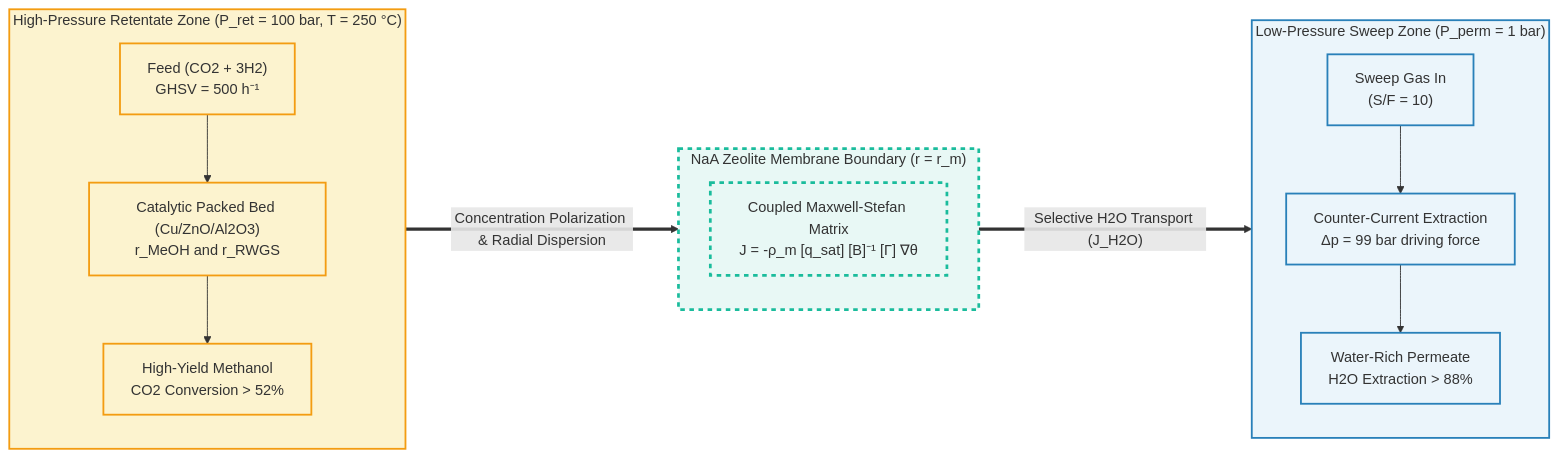
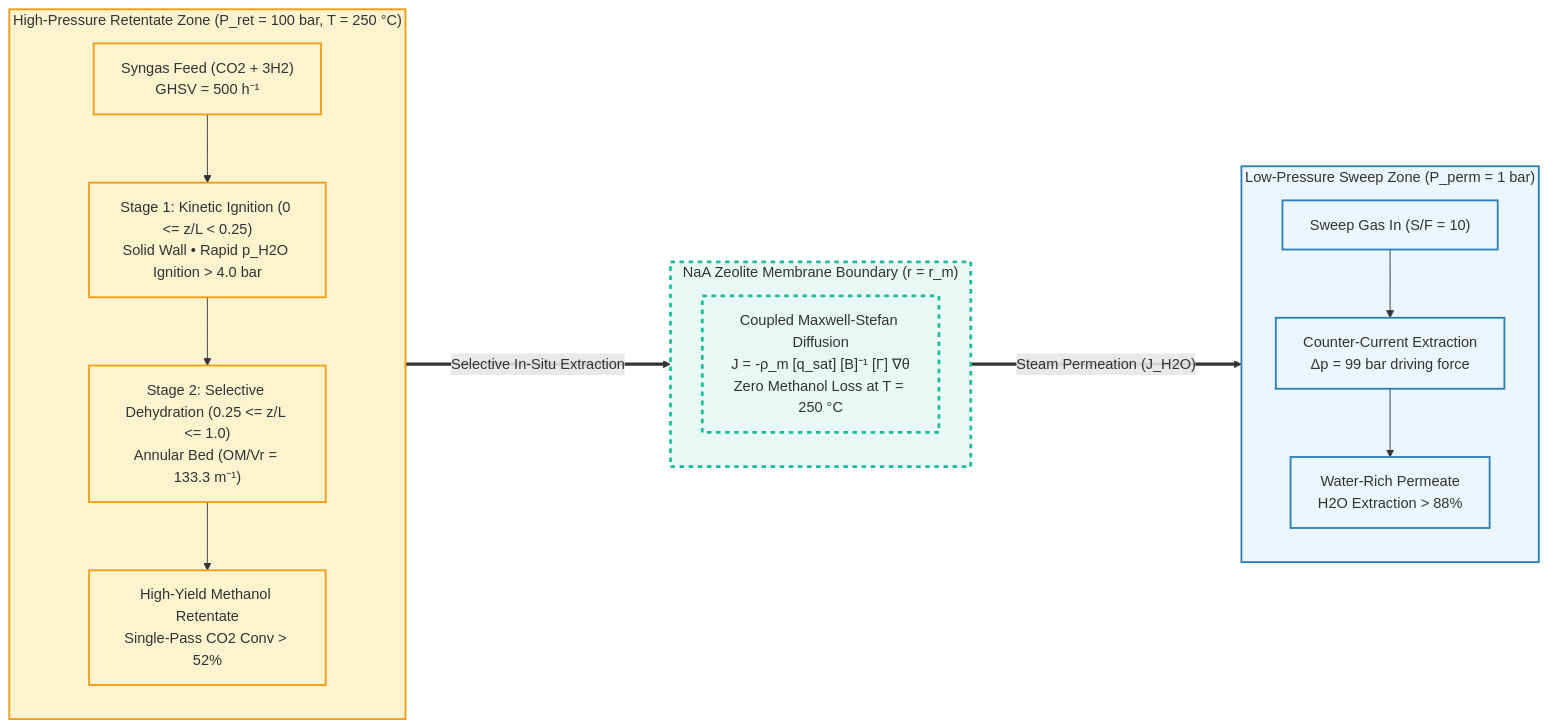
One commit to shekharsameer2308/exi1 changed the first of 2 diagrams in README.md. Above: the diagram before and after it, drawn with Mermaid. The commit also changed other lines of this file, not shown here.

Commit message:
Enhance physical intensification architecture with staged multi-tubular CMR and safe kinetic ignition zone

````diff
--- a/README.md
+++ b/README.md
@@ -18,30 +23,31 @@
 ```mermaid
 flowchart LR
     subgraph Retentate["High-Pressure Retentate Zone (P_ret = 100 bar, T = 250 °C)"]
         direction TB
-        F1["Feed (CO2 + 3H2)<br>GHSV = 500 h⁻¹"] --> Bed["Catalytic Packed Bed (Cu/ZnO/Al2O3)<br>r_MeOH and r_RWGS"]
-        Bed --> RetOut["High-Yield Methanol<br>CO2 Conversion > 52%"]
+        F1["Syngas Feed (CO2 + 3H2)<br>GHSV = 500 h⁻¹"] --> Z1["Stage 1: Kinetic Ignition (0 <= z/L < 0.25)<br>Solid Wall • Rapid p_H2O Ignition > 4.0 bar"]
+        Z1 --> Z2["Stage 2: Selective Dehydration (0.25 <= z/L <= 1.0)<br>Annular Bed (OM/Vr = 133.3 m⁻¹)"]
+        Z2 --> RetOut["High-Yield Methanol Retentate<br>Single-Pass CO2 Conv > 52%"]
     end
 
     subgraph Membrane["NaA Zeolite Membrane Boundary (r = r_m)"]
         direction TB
-        M1["Coupled Maxwell-Stefan Matrix<br>J = -ρ_m [q_sat] [B]⁻¹ [Γ] ∇θ"]
+        M1["Coupled Maxwell-Stefan Diffusion<br>J = -ρ_m [q_sat] [B]⁻¹ [Γ] ∇θ<br>Zero Methanol Loss at T = 250 °C"]
     end
 
     subgraph Permeate["Low-Pressure Sweep Zone (P_perm = 1 bar)"]
         direction TB
-        S1["Sweep Gas In<br>(S/F = 10)"] --> Sweep["Counter-Current Extraction<br>Δp = 99 bar driving force"]
+        S1["Sweep Gas In (S/F = 10)"] --> Sweep["Counter-Current Extraction<br>Δp = 99 bar driving force"]
         Sweep --> S2["Water-Rich Permeate<br>H2O Extraction > 88%"]
     end
 
-    Bed ===>|"Concentration Polarization & Radial Dispersion"| Membrane
-    Membrane ===>|"Selective H2O Transport (J_H2O)"| Sweep
+    Z2 ===>|"Selective In-Situ Extraction"| Membrane
+    Membrane ===>|"Steam Permeation (J_H2O)"| Sweep
     
     classDef highPressure fill:#fcf3cf,stroke:#f39c12,stroke-width:2px;
     classDef lowPressure fill:#ebf5fb,stroke:#2980b9,stroke-width:2px;
     classDef memb fill:#e8f8f5,stroke:#1abc9c,stroke-width:3px,stroke-dasharray: 5 5;
     
-    class Retentate,F1,Bed,RetOut highPressure;
+    class Retentate,F1,Z1,Z2,RetOut highPressure;
     class Permeate,S1,Sweep,S2 lowPressure;
     class Membrane,M1 memb;
 ```
````
